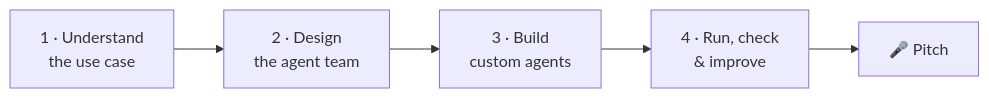
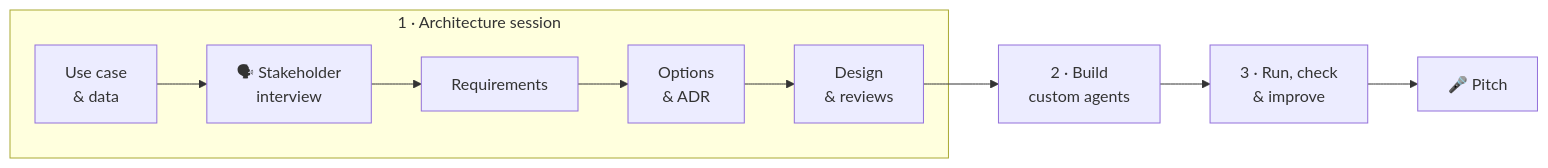
Before and after one commit to LaetitiaMa1410/ghcp-agent-team-lab: the diagram in README.md, drawn with Mermaid. The commit also changed other lines of this file and 22 other files, not shown here.

Commit message:
Extend lab to 3h: detailed use-case briefs, stakeholder interview agents, full architecture session, orchestrator checkpoints

````diff
--- a/README.md
+++ b/README.md
@@ -25,4 +26,7 @@
 ```mermaid
 flowchart LR
-  A["1 · Understand<br/>the use case"] --> B["2 · Design<br/>the agent team"] --> C["3 · Build<br/>custom agents"] --> D["4 · Run, check<br/>& improve"] --> E["🎤 Pitch"]
+  subgraph S1["1 · Architecture session"]
+    A["Use case<br/>& data"] --> I["🗣 Stakeholder<br/>interview"] --> R["Requirements"] --> O["Options<br/>& ADR"] --> D["Design<br/>& reviews"]
+  end
+  D --> C["2 · Build<br/>custom agents"] --> E["3 · Run, check<br/>& improve"] --> P["🎤 Pitch"]
 ```
````
